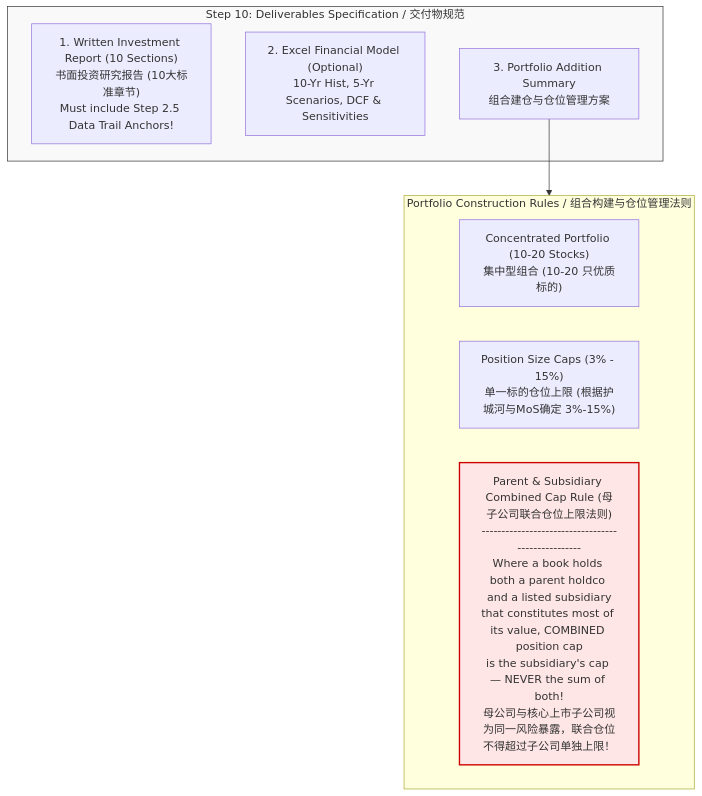
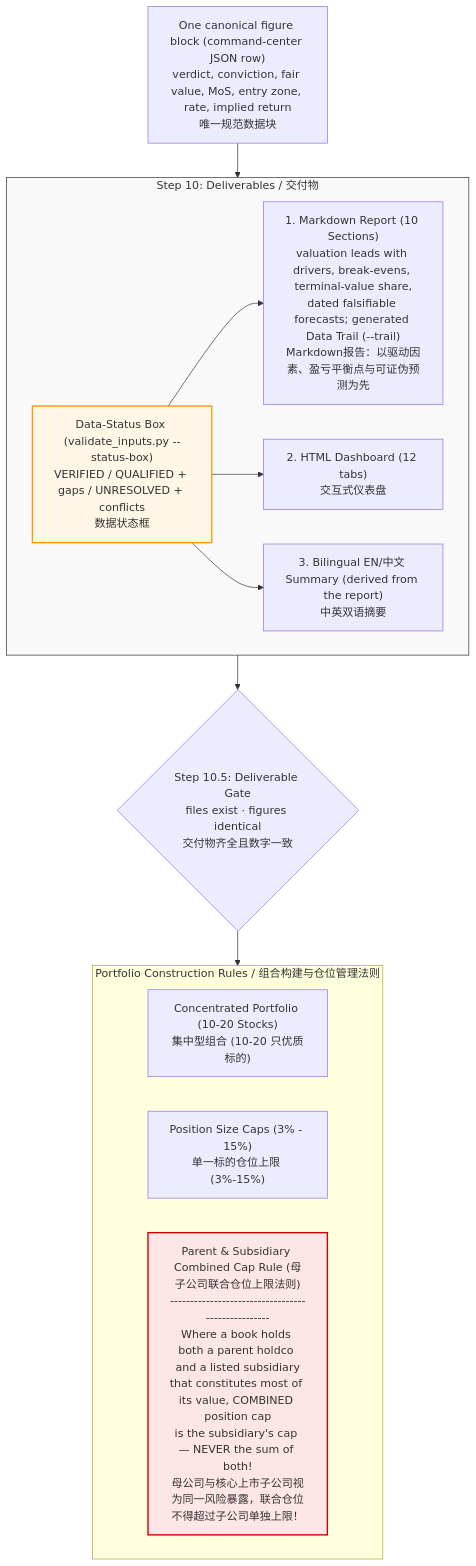
Before and after one commit to mikezhang09-code/value-investment-skills: the ninth of 9 diagrams in value_investing_skill_mermaid_architecture.md, drawn with Mermaid. The commit also changed other lines of this file and 1 other file, not shown here.

First line of the commit message:
docs: update README and architecture diagrams for the data gate and new valuation method

````diff
--- a/value_investing_skill_mermaid_architecture.md
+++ b/value_investing_skill_mermaid_architecture.md
@@ -294,19 +348,27 @@
 ```mermaid
 flowchart TD
-    subgraph Step10_Deliverables ["Step 10: Deliverables Specification / 交付物规范"]
-        Rpt["1. Written Investment Report (10 Sections)<br>书面投资研究报告 (10大标准章节)<br>Must include Step 2.5 Data Trail Anchors!"]
-        Mdl["2. Excel Financial Model (Optional)<br>10-Yr Hist, 5-Yr Scenarios, DCF & Sensitivities"]
-        Port["3. Portfolio Addition Summary<br>组合建仓与仓位管理方案"]
+    subgraph Step10_Deliverables ["Step 10: Deliverables / 交付物"]
+        Box["Data-Status Box (validate_inputs.py --status-box)<br>VERIFIED / QUALIFIED + gaps / UNRESOLVED + conflicts<br>数据状态框"]
+        Rpt["1. Markdown Report (10 Sections)<br>valuation leads with drivers, break-evens, terminal-value share,<br>dated falsifiable forecasts; generated Data Trail (--trail)<br>Markdown报告：以驱动因素、盈亏平衡点与可证伪预测为先"]
+        Dash["2. HTML Dashboard (12 tabs)<br>交互式仪表盘"]
+        Sum["3. Bilingual EN/中文 Summary (derived from the report)<br>中英双语摘要"]
+        Box --> Rpt
+        Box --> Dash
+        Box --> Sum
     end
+
+    Canon["One canonical figure block (command-center JSON row)<br>verdict, conviction, fair value, MoS, entry zone, rate, implied return<br>唯一规范数据块"] --> Step10_Deliverables
+    Step10_Deliverables --> Gate105{"Step 10.5: Deliverable Gate<br>files exist · figures identical<br>交付物齐全且数字一致"}
 
     subgraph Portfolio_Rules ["Portfolio Construction Rules / 组合构建与仓位管理法则"]
         Rule1["Concentrated Portfolio (10-20 Stocks)<br>集中型组合 (10-20 只优质标的)"]
-        Rule2["Position Size Caps (3% - 15%)<br>单一标的仓位上限 (根据护城河与MoS确定 3%-15%)"]
+        Rule2["Position Size Caps (3% - 15%)<br>单一标的仓位上限 (3%-15%)"]
         Rule3_ParentSub["Parent & Subsidiary Combined Cap Rule (母子公司联合仓位上限法则)<br>--------------------------------------------------<br>Where a book holds both a parent holdco and a listed subsidiary<br>that constitutes most of its value, COMBINED position cap<br>is the subsidiary's cap — NEVER the sum of both!<br>母公司与核心上市子公司视为同一风险暴露，联合仓位不得超过子公司单独上限！"]
     end
 
-    Port --> Portfolio_Rules
+    Gate105 --> Portfolio_Rules
 
+    style Box fill:#fff7e6,stroke:#ff9900,stroke-width:2px
     style Rule3_ParentSub fill:#ffe6e6,stroke:#cc0000,stroke-width:2px
     style Step10_Deliverables fill:#f9f9f9,stroke:#333,stroke-width:1px
 ```
````
